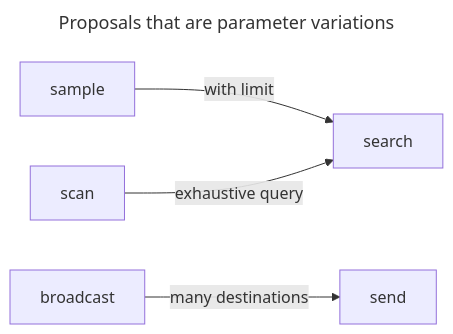
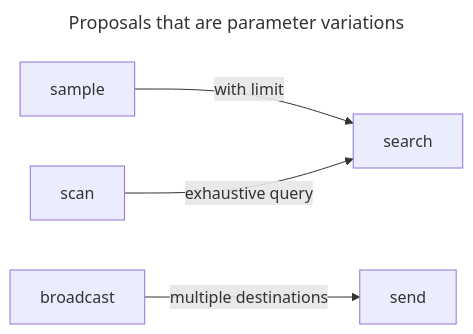
The third of 14 diagrams in docs/FAQ.md (synaptiai/agent-capability-standard), drawn with Mermaid before and after one commit. The commit also changed other lines of this file, not shown here.

First line of the commit message:
docs: FAQ diagrams carry the qualifiers their lists state

````diff
--- a/docs/FAQ.md
+++ b/docs/FAQ.md
@@ -95,10 +95,10 @@
 ```mermaid
 ---
 title: Proposals that are parameter variations
 ---
 flowchart LR
   accDescr: Each proposal on the left is an existing capability with a parameter set, as the list above says.
   sample["sample"] -->|with limit| search["search"]
   scan["scan"] -->|exhaustive query| search
-  broadcast["broadcast"] -->|many destinations| send["send"]
+  broadcast["broadcast"] -->|multiple destinations| send["send"]
 ```
````
